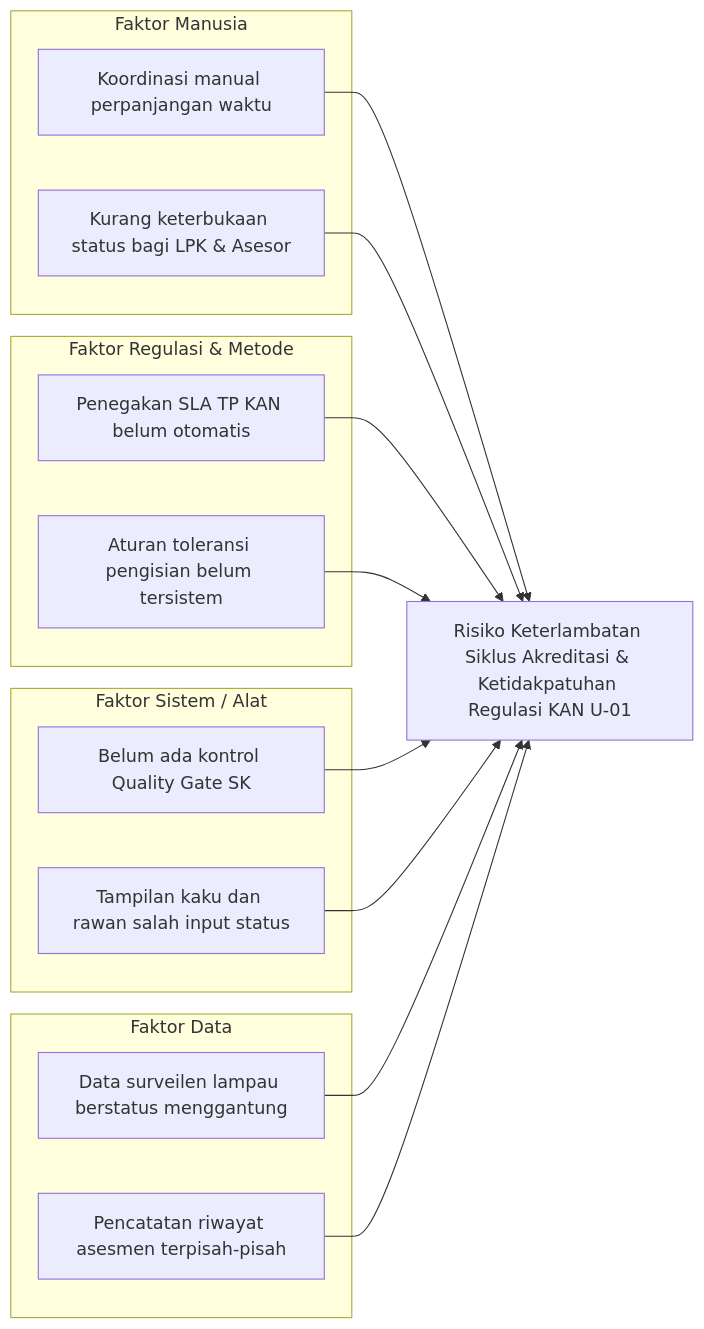
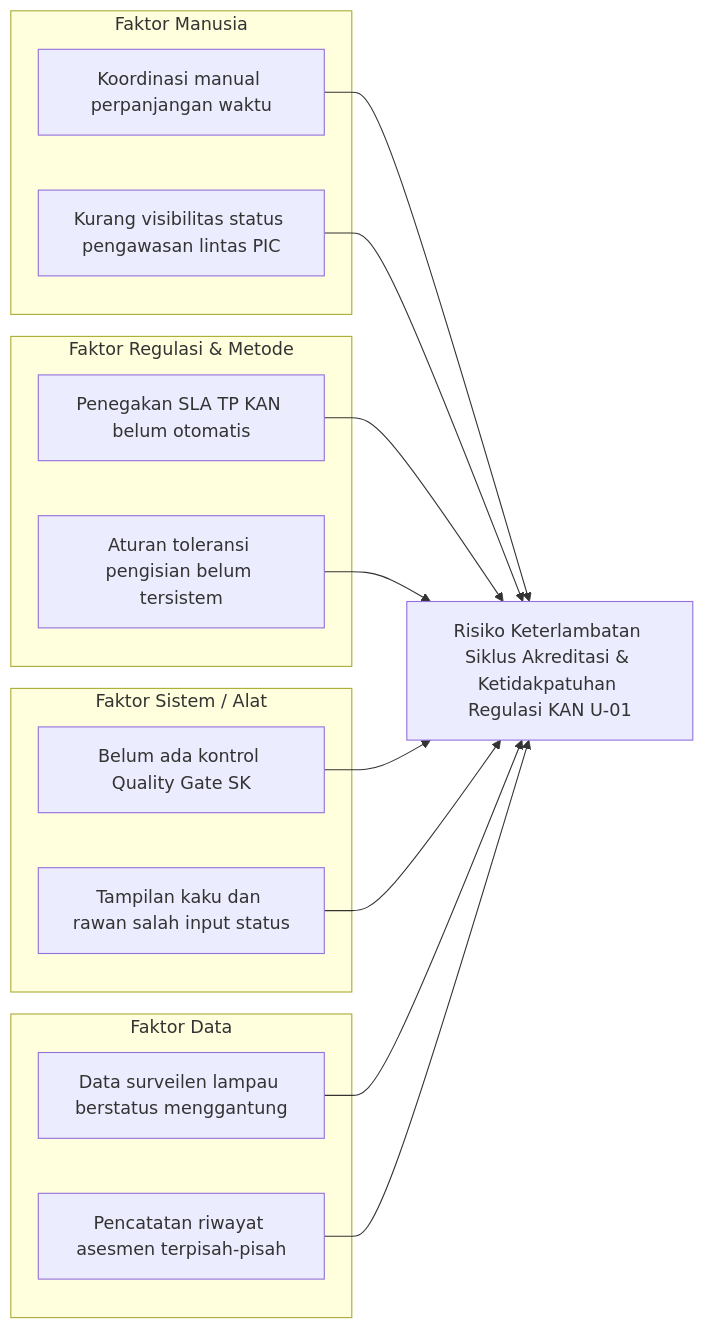
The diagram in docs/03-tahap-analisis.md (greedykid/prototype-magang), drawn with Mermaid before and after one commit. The commit also changed other lines of this file and 9 other files, not shown here.

````diff
--- a/docs/03-tahap-analisis.md
+++ b/docs/03-tahap-analisis.md
@@ -23,24 +23,24 @@
 ```mermaid
 graph LR
     subgraph Manusia ["Faktor Manusia"]
         M1["Koordinasi manual perpanjangan waktu"]
-        M2["Kurang keterbukaan status bagi LPK & Asesor"]
+        M2["Kurang visibilitas status pengawasan lintas PIC"]
     end
     subgraph Metode ["Faktor Regulasi & Metode"]
         T1["Penegakan SLA TP KAN belum otomatis"]
         T2["Aturan toleransi pengisian belum tersistem"]
     end
     subgraph Sistem ["Faktor Sistem / Alat"]
         S1["Belum ada kontrol Quality Gate SK"]
         S2["Tampilan kaku dan rawan salah input status"]
     end
     subgraph Data ["Faktor Data"]
         D1["Data surveilen lampau berstatus menggantung"]
         D2["Pencatatan riwayat asesmen terpisah-pisah"]
     end
 
     M1 & M2 --> MasalahUtama["Risiko Keterlambatan Siklus Akreditasi & Ketidakpatuhan Regulasi KAN U-01"]
     T1 & T2 --> MasalahUtama
     S1 & S2 --> MasalahUtama
     D1 & D2 --> MasalahUtama
 ```
````
